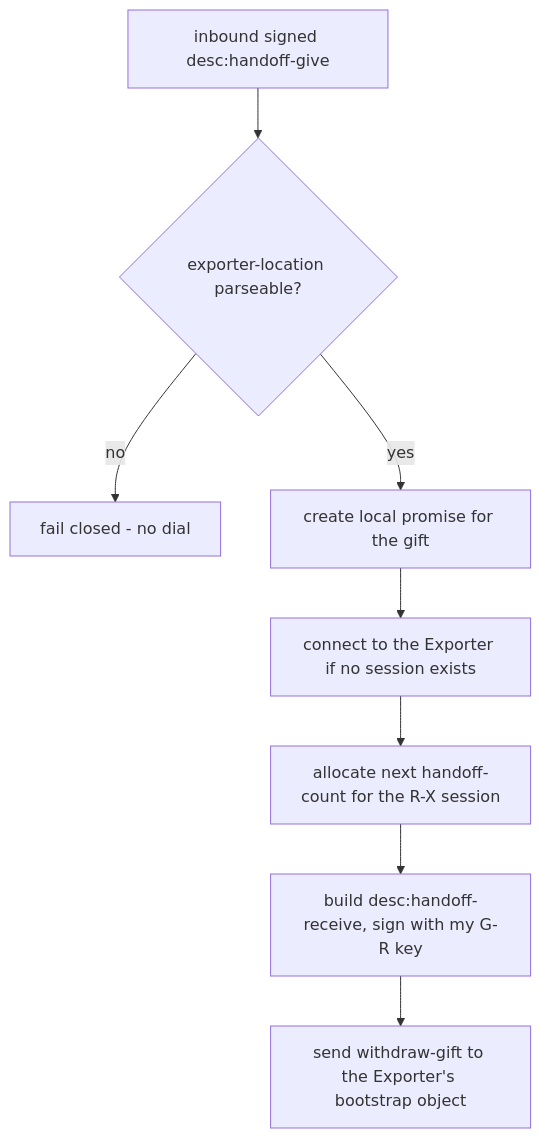
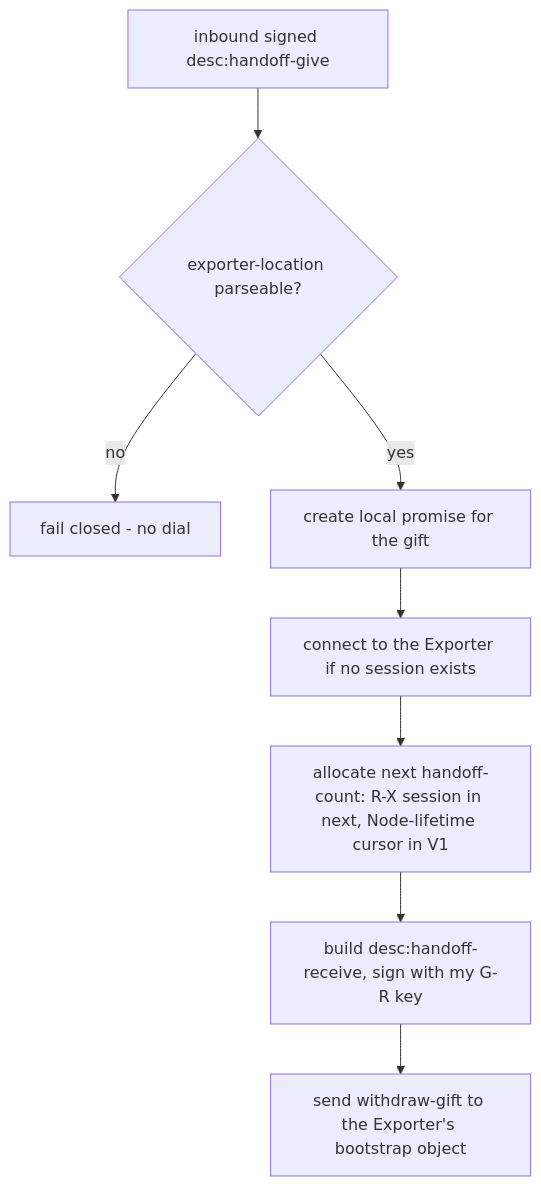
The fifth of 8 diagrams in docs/protocol-diagrams/06-handoffs.md (glowcap-org/glowcap), drawn with Mermaid before and after one commit. The commit also changed other lines of this file and 920 other files, not shown here.

````diff
--- a/docs/protocol-diagrams/06-handoffs.md
+++ b/docs/protocol-diagrams/06-handoffs.md
@@ -82,10 +81,10 @@
 ```mermaid
 flowchart TD
     IN["inbound signed desc:handoff-give"] --> LOC{"exporter-location parseable?"}
     LOC -->|no| REJ["fail closed - no dial"]
     LOC -->|yes| PR["create local promise for the gift"]
     PR --> CONN["connect to the Exporter if no session exists"]
-    CONN --> CNT["allocate next handoff-count for the R-X session"]
+    CONN --> CNT["allocate next handoff-count: R-X session in next, Node-lifetime cursor in V1"]
     CNT --> HR["build desc:handoff-receive, sign with my G-R key"]
     HR --> WD["send withdraw-gift to the Exporter's bootstrap object"]
 ```
````
